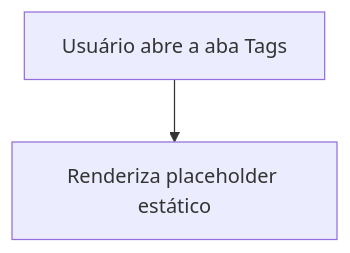
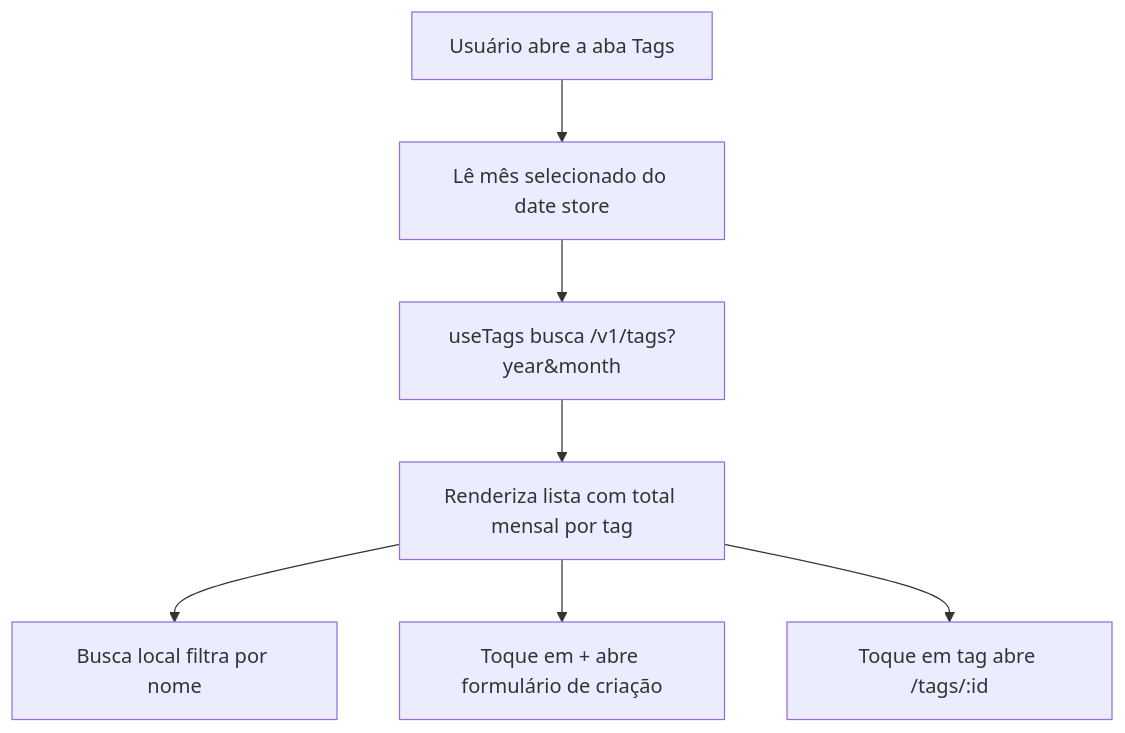
Before and after one commit to ewertonfrnc/finance-app: diagram 13 of 19 in OVERVIEW.md, drawn with Mermaid. The commit also changed other lines of this file and 2 other files, not shown here.

````diff
--- a/OVERVIEW.md
+++ b/OVERVIEW.md
@@ -138,4 +174,9 @@
 ```mermaid
 flowchart TD
-  A["Usuário abre a aba Tags"] --> B["Renderiza placeholder estático"]
+  A["Usuário abre a aba Tags"] --> B["Lê mês selecionado do date store"]
+  B --> C["useTags busca /v1/tags?year&month"]
+  C --> D["Renderiza lista com total mensal por tag"]
+  D --> E["Busca local filtra por nome"]
+  D --> F["Toque em + abre formulário de criação"]
+  D --> G["Toque em tag abre /tags/:id"]
 ```
````
